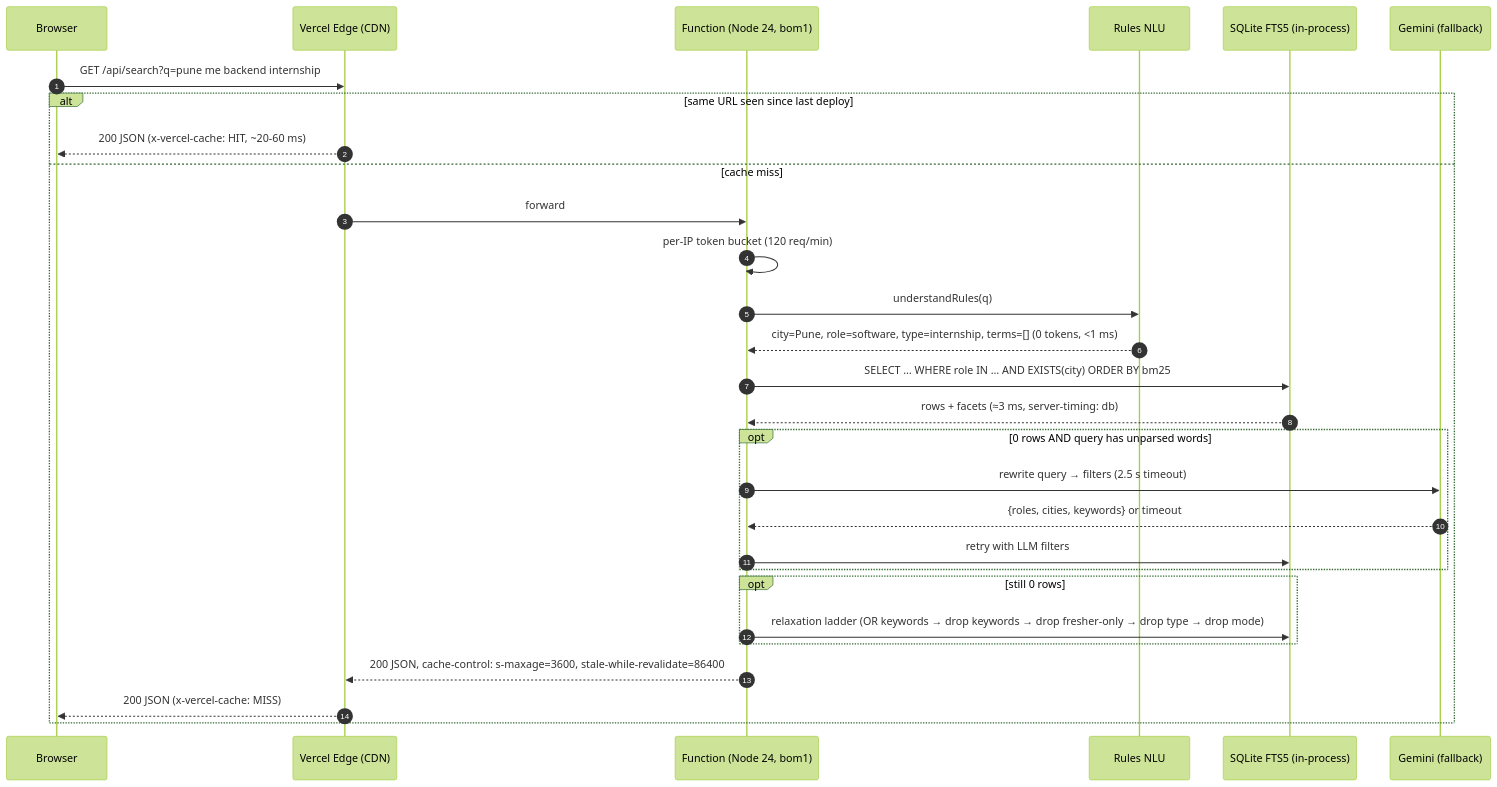
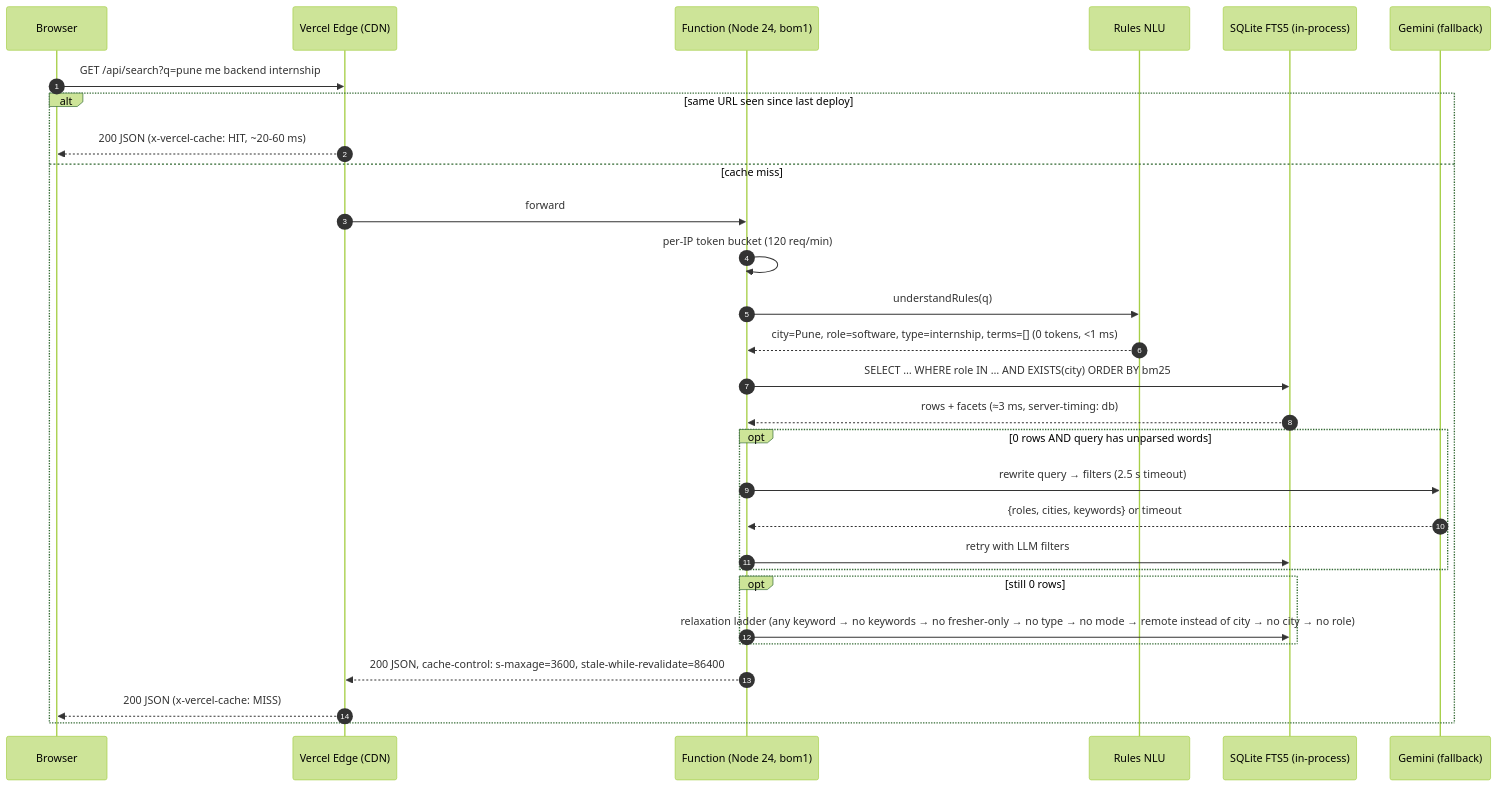
The second of 6 diagrams in README.md (parikhrjt/beep_assignment), drawn with Mermaid (forest theme) before and after one commit. The commit also changed other lines of this file and 37 other files, not shown here.

````diff
--- a/README.md
+++ b/README.md
@@ -123,32 +149,32 @@
 ```mermaid
 sequenceDiagram
   autonumber
   participant B as Browser
   participant E as Vercel Edge (CDN)
   participant F as Function (Node 24, bom1)
   participant R as Rules NLU
   participant S as SQLite FTS5 (in-process)
   participant L as Gemini (fallback)
 
   B->>E: GET /api/search?q=pune me backend internship
   alt same URL seen since last deploy
     E-->>B: 200 JSON (x-vercel-cache: HIT, ~20-60 ms)
   else cache miss
     E->>F: forward
     F->>F: per-IP token bucket (120 req/min)
     F->>R: understandRules(q)
     R-->>F: city=Pune, role=software, type=internship, terms=[] (0 tokens, <1 ms)
     F->>S: SELECT … WHERE role IN … AND EXISTS(city) ORDER BY bm25
     S-->>F: rows + facets (≈3 ms, server-timing: db)
     opt 0 rows AND query has unparsed words
       F->>L: rewrite query → filters (2.5 s timeout)
       L-->>F: {roles, cities, keywords} or timeout
       F->>S: retry with LLM filters
     end
     opt still 0 rows
-      F->>S: relaxation ladder (OR keywords → drop keywords → drop fresher-only → drop type → drop mode)
+      F->>S: relaxation ladder (any keyword → no keywords → no fresher-only → no type → no mode → remote instead of city → no city → no role)
     end
     F-->>E: 200 JSON, cache-control: s-maxage=3600, stale-while-revalidate=86400
     E-->>B: 200 JSON (x-vercel-cache: MISS)
   end
 ```
````
